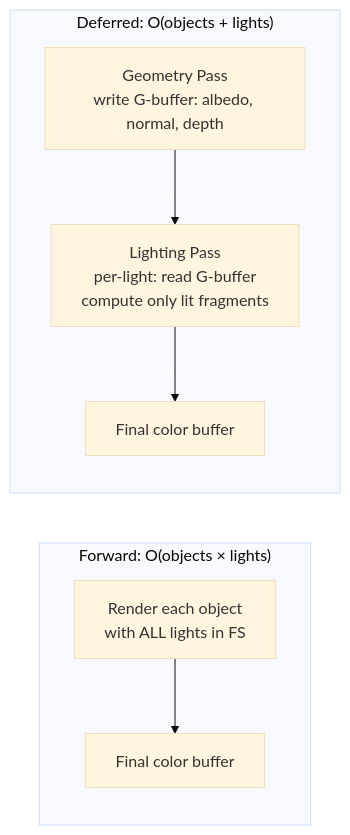
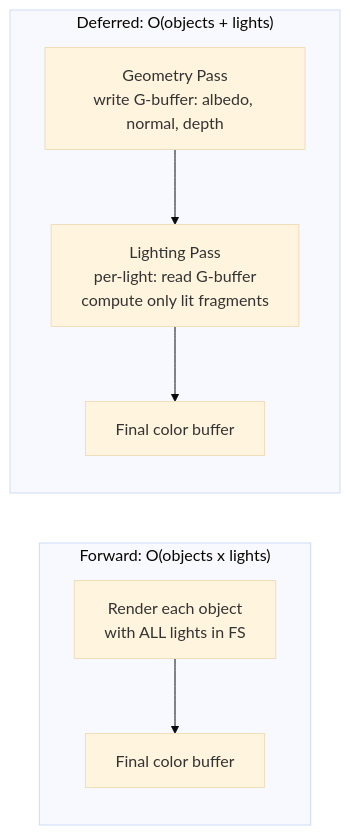
Before and after one commit to choisimo/document: the third of 29 diagrams in docs/books/cs-reference/miscellaneous-cs.md, drawn with Mermaid (base theme). The commit also changed other lines of this file and 4514 other files, not shown here.

Commit message:
- sequenceDiagram` 내 `;`로 끊기던 메시지/노트 문장 정리 - `stateDiagram` 라벨 내부 추가 `:`/`::` 구문 정리 - `flowchart`에서 줄 끝 `-->` 끊김 체인 정리 - `block-betting` 오타를 `block-beta`로 수정 - 엄격 파서에서 깨지던 수식/특수문자 라벨 일부 ASCII 정규화

````diff
--- a/docs/books/cs-reference/miscellaneous-cs.md
+++ b/docs/books/cs-reference/miscellaneous-cs.md
@@ -50,11 +49,10 @@
 ```mermaid
 flowchart LR
-    subgraph "Forward: O(objects × lights)"
+    subgraph "Forward: O(objects x lights)"
         FR_Geo["Render each object\nwith ALL lights in FS"] --> FR_Out["Final color buffer"]
     end
     subgraph "Deferred: O(objects + lights)"
-        DR_Geo["Geometry Pass\nwrite G-buffer: albedo, normal, depth"] -->
-        DR_Light["Lighting Pass\nper-light: read G-buffer\ncompute only lit fragments"] -->
-        DR_Out["Final color buffer"]
+        DR_Geo["Geometry Pass\nwrite G-buffer: albedo, normal, depth"] --> DR_Light["Lighting Pass\nper-light: read G-buffer\ncompute only lit fragments"]
+        DR_Light --> DR_Out["Final color buffer"]
     end
 ```
````
